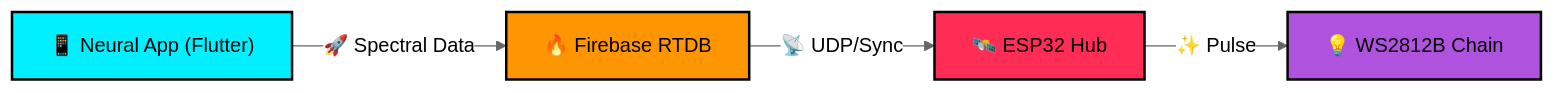
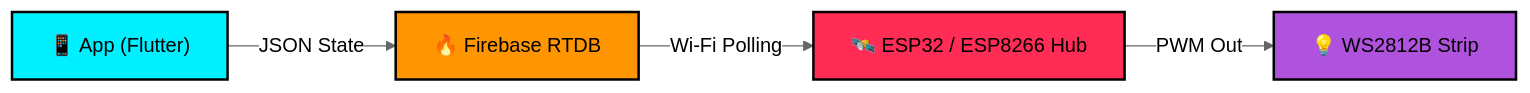
One commit to kiran-embedded/aurora-pixel-controller changed the diagram in README.md. Above: the diagram before and after it, drawn with Mermaid (neutral theme). The commit also changed other lines of this file, not shown here.

````diff
--- a/README.md
+++ b/README.md
@@ -65,11 +61,11 @@
 ```mermaid
 graph LR
-    A["📱 Neural App (Flutter)"] -- "🚀 Spectral Data" --> B["🔥 Firebase RTDB"]
-    B -- "📡 UDP/Sync" --> C["🛰️ ESP32 Hub"]
-    C -- "✨ Pulse" --> D["💡 WS2812B Chain"]
+    A["📱 App (Flutter)"] -- "JSON State" --> B["🔥 Firebase RTDB"]
+    B -- "Wi-Fi Polling" --> C["🛰️ ESP32 / ESP8266 Hub"]
+    C -- "PWM Out" --> D["💡 WS2812B Strip"]
     
     style A fill:#00F0FF,stroke:#000,stroke-width:2px,color:#000
     style B fill:#FF9500,stroke:#000,stroke-width:2px,color:#000
     style C fill:#FF2D55,stroke:#000,stroke-width:2px,color:#000
     style D fill:#AF52DE,stroke:#000,stroke-width:2px,color:#000
 ```
````
